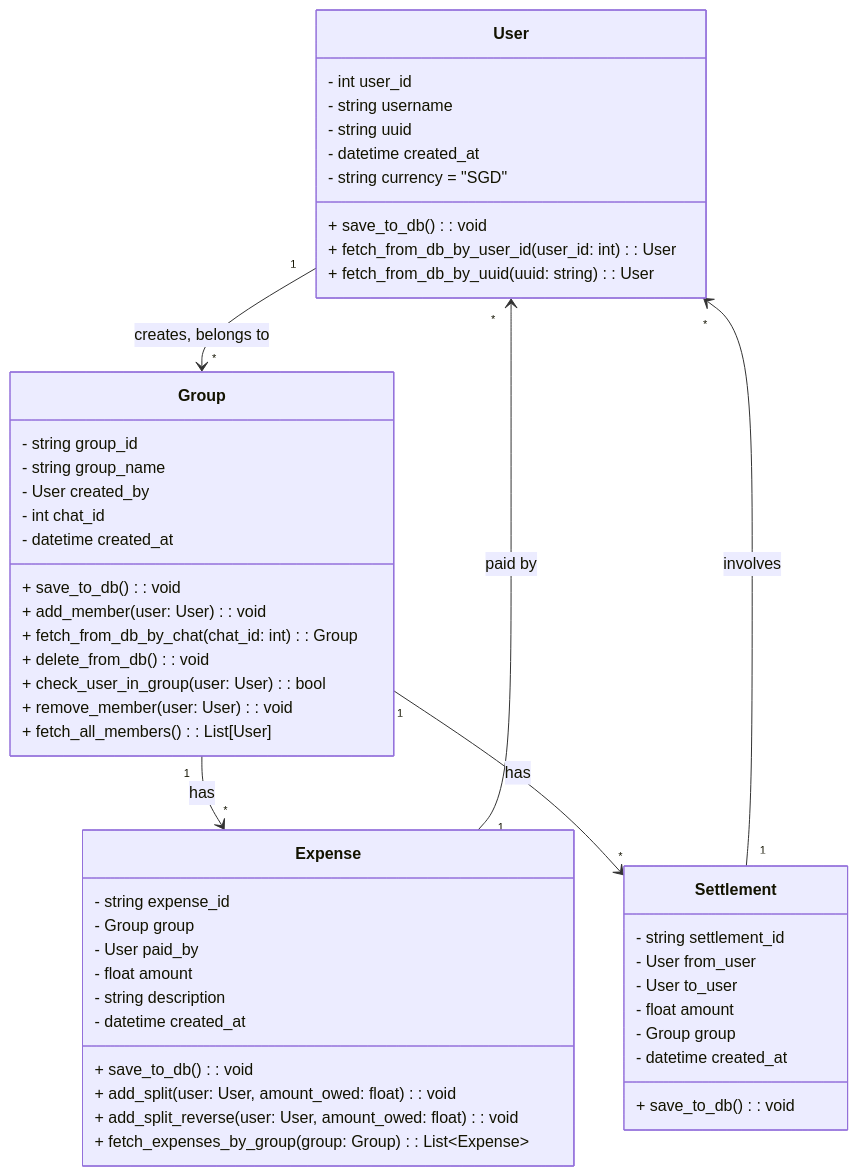
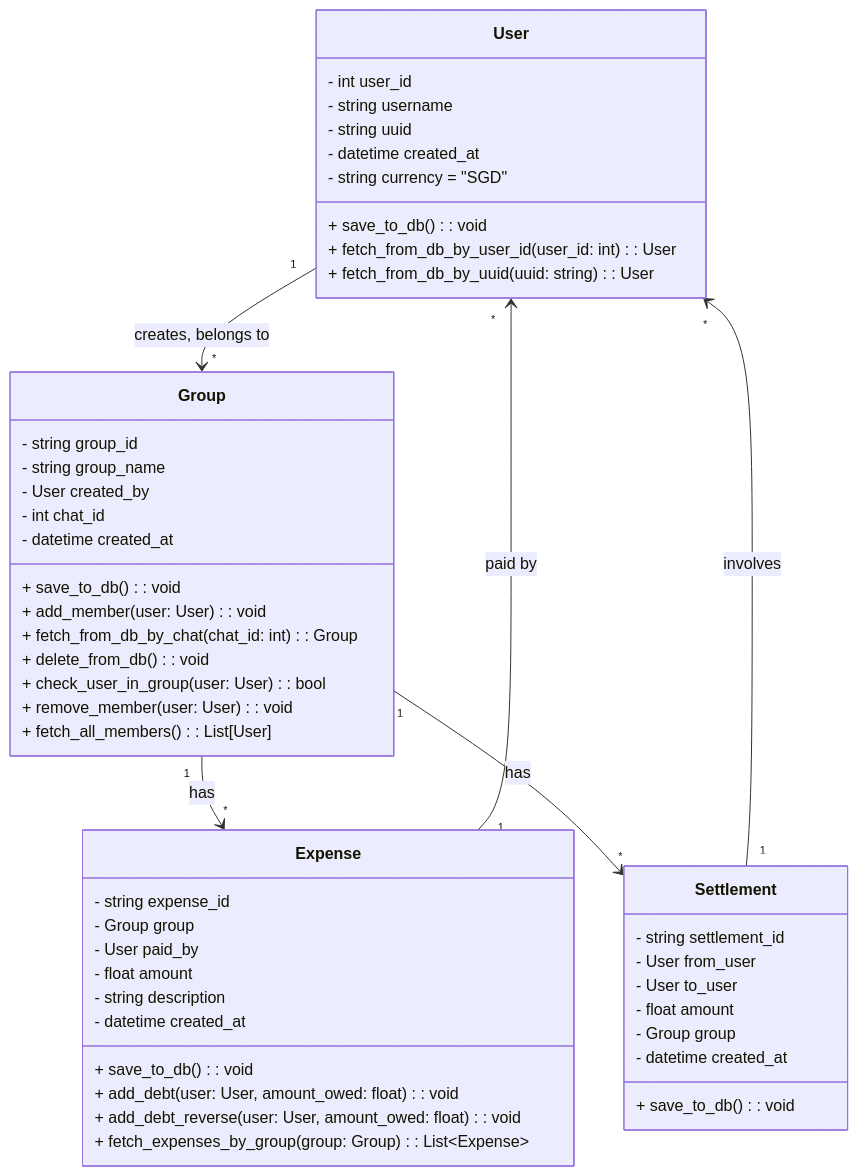
The second of 2 diagrams in README.md (davidchanwz/coconutsplit), drawn with Mermaid before and after one commit. The commit also changed other lines of this file and 2 other files, not shown here.

````diff
--- a/README.md
+++ b/README.md
@@ -234,58 +234,58 @@
 ```mermaid
 
 classDiagram
     class User {
         - int user_id
         - string username
         - string uuid
         - datetime created_at
         - string currency = "SGD"
         + save_to_db(): void
         + fetch_from_db_by_user_id(user_id: int): User
         + fetch_from_db_by_uuid(uuid: string): User
     }
     
     class Group {
         - string group_id
         - string group_name
         - User created_by
         - int chat_id
         - datetime created_at
         + save_to_db(): void
         + add_member(user: User): void
         + fetch_from_db_by_chat(chat_id: int): Group
         + delete_from_db(): void
         + check_user_in_group(user: User): bool
         + remove_member(user: User): void
         + fetch_all_members(): List[User]
     }
 
     class Expense {
         - string expense_id
         - Group group
         - User paid_by
         - float amount
         - string description
         - datetime created_at
         + save_to_db(): void
-        + add_split(user: User, amount_owed: float): void
-        + add_split_reverse(user: User, amount_owed: float): void
+        + add_debt(user: User, amount_owed: float): void
+        + add_debt_reverse(user: User, amount_owed: float): void
         + fetch_expenses_by_group(group: Group): List~Expense~
     }
 
     class Settlement {
         - string settlement_id
         - User from_user
         - User to_user
         - float amount
         - Group group
         - datetime created_at
         + save_to_db(): void
     }
 
     User "1" --> "*" Group : creates, belongs to
     Group "1" --> "*" Expense : has
     Expense "1" --> "*" User : paid by
     Group "1" --> "*" Settlement : has
     Settlement "1" --> "*" User : involves
 ```
````
